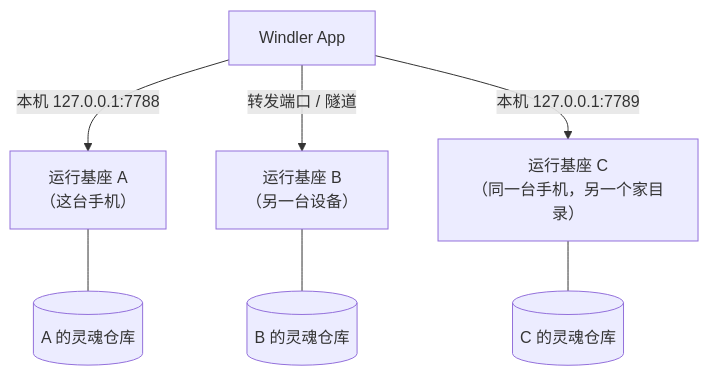
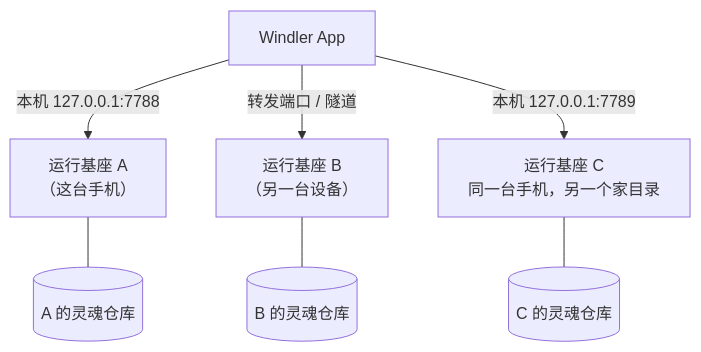
One commit to Causally-XYZ/Project.Quetzal changed the diagram in website/content/docs/zh/guide/multi-agent.md. Above: the diagram before and after it, drawn with Mermaid. The commit also changed 23 other files, not shown here.

Commit message:
文档站图表可读性：mermaid 原尺寸渲染、窄屏横向流程图自动转纵向、宽图缩放或滚动、图表与图片全屏放大查看、时序图自动换行；多张横向流程图改为纵向并精简标签，架构总图改用手绘 SVG

````diff
--- a/website/content/docs/zh/guide/multi-agent.md
+++ b/website/content/docs/zh/guide/multi-agent.md
@@ -10,10 +10,10 @@
 ```mermaid
 flowchart TB
   APP["Windler App"]
   APP -- "本机 127.0.0.1:7788" --> A["运行基座 A<br/>（这台手机）"]
   APP -- "转发端口 / 隧道" --> B["运行基座 B<br/>（另一台设备）"]
-  APP -- "本机 127.0.0.1:7789" --> C["运行基座 C<br/>（同一台手机，另一个家目录）"]
+  APP -- "本机 127.0.0.1:7789" --> C["运行基座 C<br/>同一台手机，另一个家目录"]
   A --- SA[("A 的灵魂仓库")]
   B --- SB[("B 的灵魂仓库")]
   C --- SC[("C 的灵魂仓库")]
 ```
````
